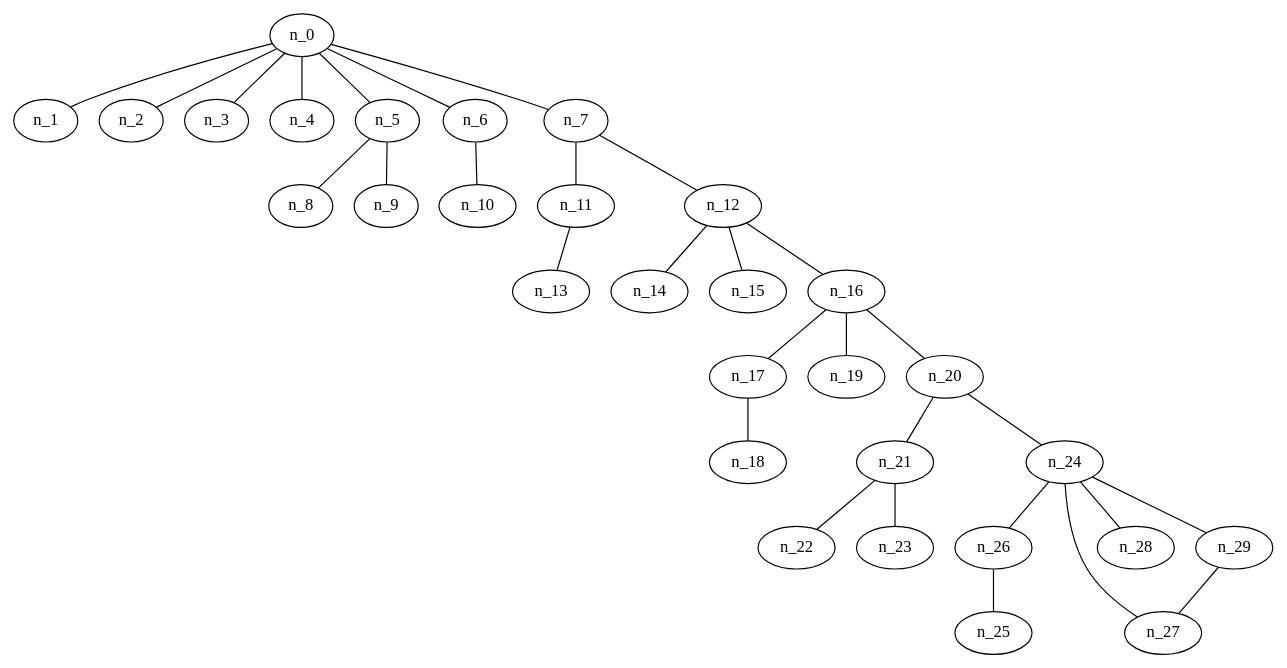
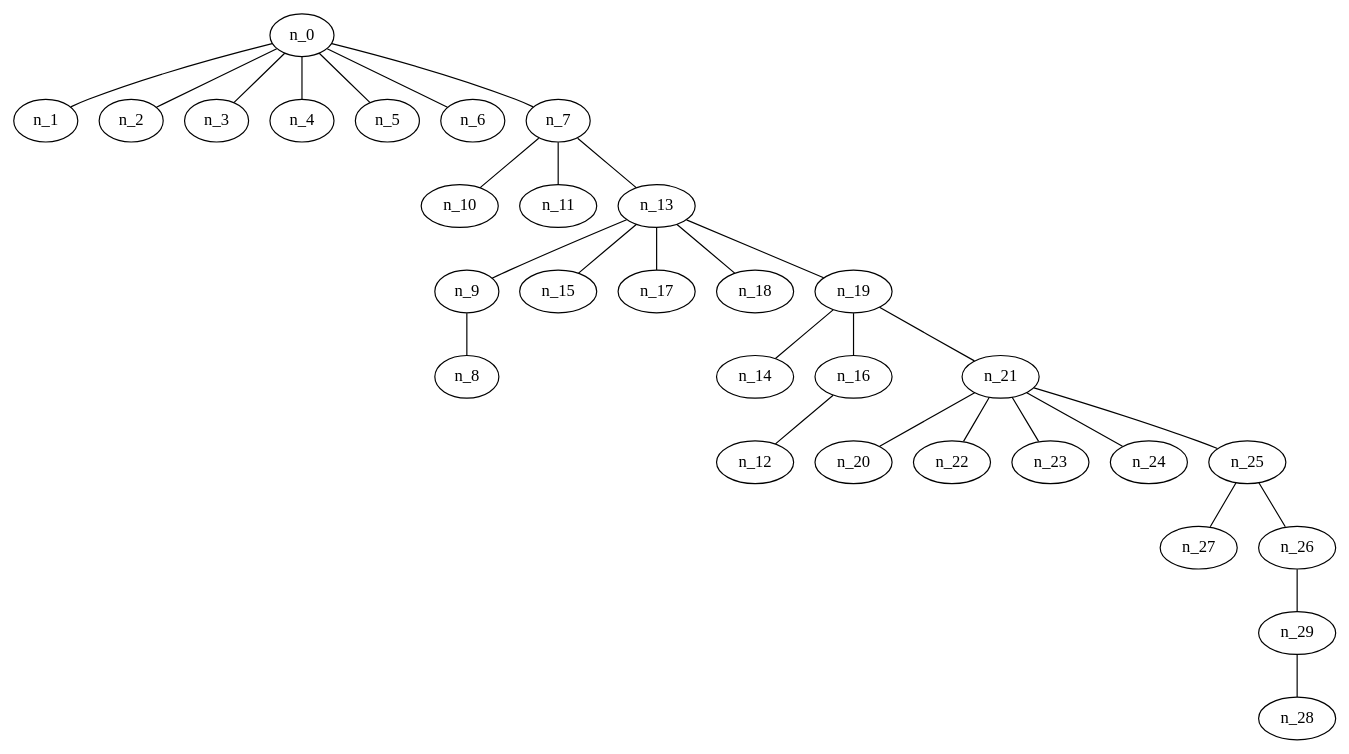
Before and after one commit to AkatzinBH/DAA: the diagram in Proyecto2/30 Nodos/Barabasi/grafoBarabasi_30_7_DFS_I.gv, drawn with Graphviz. The commit also changed 3 other files, not shown here.

```diff
--- a/Proyecto2/30 Nodos/Barabasi/grafoBarabasi_30_7_DFS_I.gv
+++ b/Proyecto2/30 Nodos/Barabasi/grafoBarabasi_30_7_DFS_I.gv
@@ -1,62 +1,61 @@
 graph grafoBarabasi_30_7_DFS_I  {
 n_0;
 n_1;
 n_2;
 n_3;
 n_4;
 n_5;
 n_6;
 n_7;
+n_10;
 n_11;
-n_12;
+n_13;
+n_9;
+n_15;
+n_17;
+n_18;
+n_19;
 n_14;
-n_15;
 n_16;
-n_17;
-n_19;
+n_21;
 n_20;
-n_21;
-n_24;
-n_26;
-n_27;
-n_28;
-n_29;
-n_25;
 n_22;
 n_23;
-n_18;
-n_13;
-n_10;
+n_24;
+n_25;
+n_27;
+n_26;
+n_29;
+n_28;
+n_12;
 n_8;
-n_9;
 n_0 -- n_1;
 n_0 -- n_2;
 n_0 -- n_3;
 n_0 -- n_4;
 n_0 -- n_5;
 n_0 -- n_6;
 n_0 -- n_7;
+n_7 -- n_10;
 n_7 -- n_11;
-n_7 -- n_12;
-n_12 -- n_14;
-n_12 -- n_15;
-n_12 -- n_16;
-n_16 -- n_17;
-n_16 -- n_19;
-n_16 -- n_20;
-n_20 -- n_21;
-n_20 -- n_24;
-n_24 -- n_26;
-n_24 -- n_27;
-n_24 -- n_28;
-n_24 -- n_29;
-n_29 -- n_27;
-n_26 -- n_25;
+n_7 -- n_13;
+n_13 -- n_9;
+n_13 -- n_15;
+n_13 -- n_17;
+n_13 -- n_18;
+n_13 -- n_19;
+n_19 -- n_14;
+n_19 -- n_16;
+n_19 -- n_21;
+n_21 -- n_20;
 n_21 -- n_22;
 n_21 -- n_23;
-n_17 -- n_18;
-n_11 -- n_13;
-n_6 -- n_10;
-n_5 -- n_8;
-n_5 -- n_9;
+n_21 -- n_24;
+n_21 -- n_25;
+n_25 -- n_27;
+n_25 -- n_26;
+n_26 -- n_29;
+n_29 -- n_28;
+n_16 -- n_12;
+n_9 -- n_8;
 }
```
